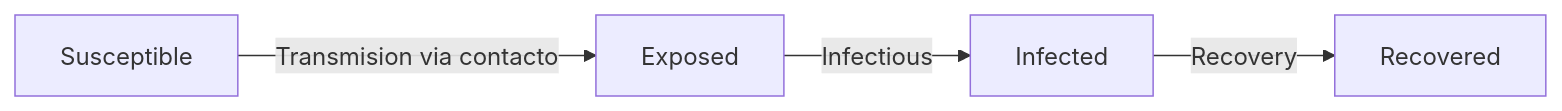
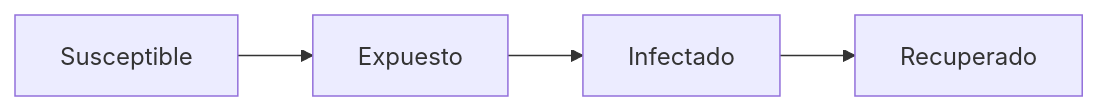
The second of 3 diagrams in index.qmd (gvegayon/contagio-sep2025), drawn with Mermaid before and after one commit. The commit also changed other lines of this file and 4 other files, not shown here.

````diff
--- a/index.qmd
+++ b/index.qmd
@@ -105,6 +129,6 @@
 ```{mermaid}
 flowchart LR
-    S[Susceptible] -->|Transmision via contacto| E[Exposed]
-    E -->|Infectious| I[Infected]
-    I -->|Recovery| R[Recovered]
+    S[Susceptible] -->E[Expuesto]
+    E -->I[Infectado]
+    I -->R[Recuperado]
 ```
````
